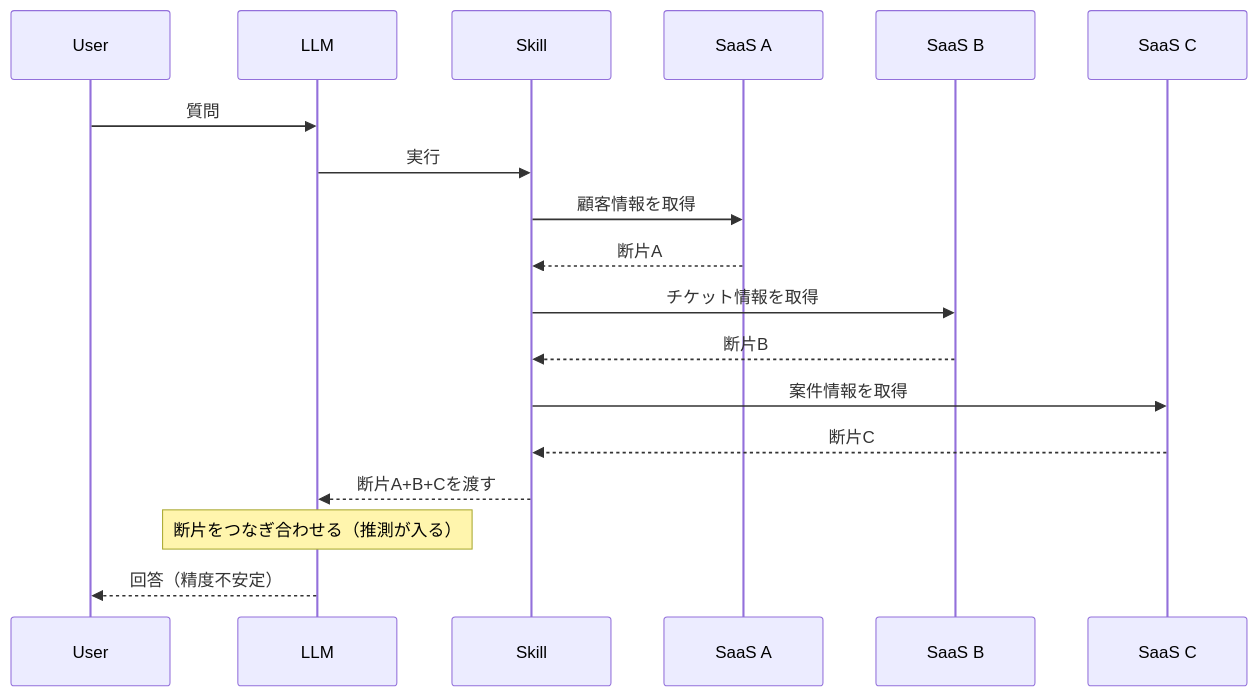
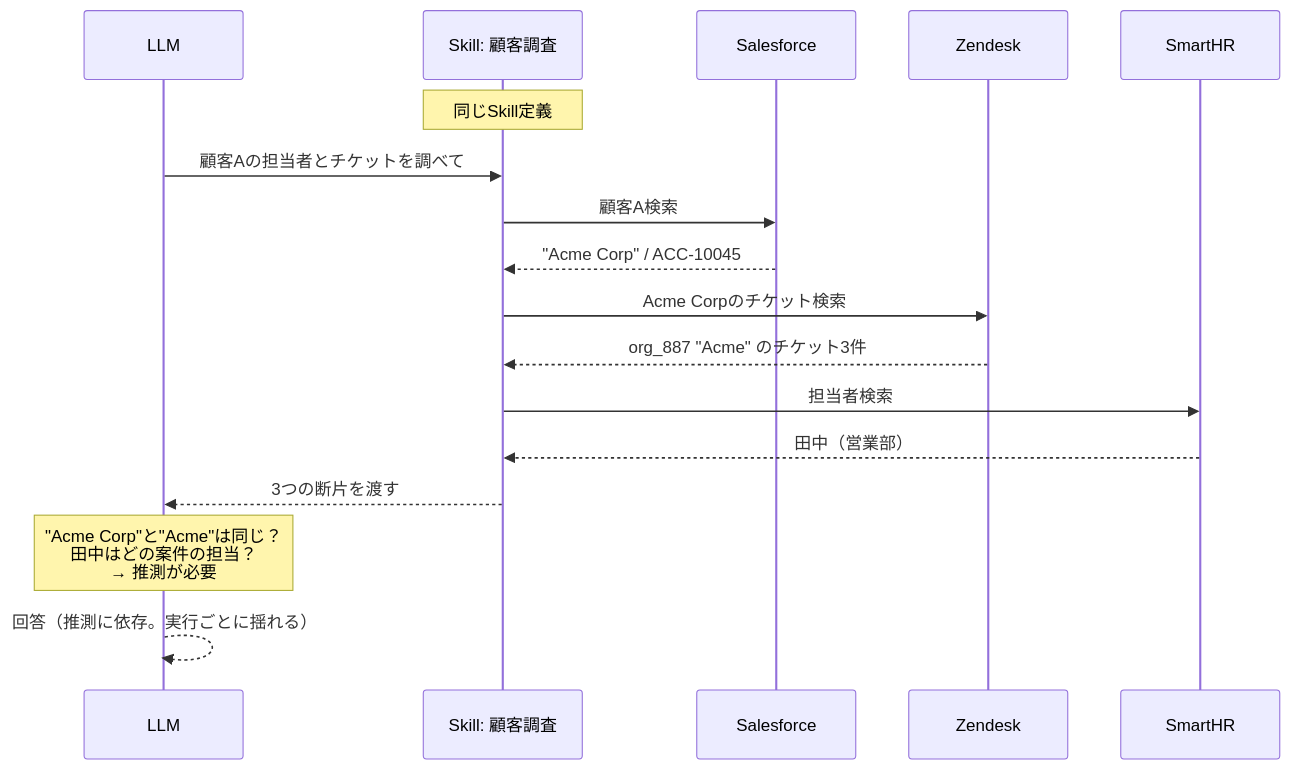
One commit to DevRev-JP/tech-blog changed the second of 3 diagrams in articles/kg-agent-skill-layer.md. Above: the diagram before and after it, drawn with Mermaid. The commit also changed other lines of this file and 1 other file, not shown here.

Commit message:
Update articles: DRY改善（重複表現の圧縮・リンク委譲）

````diff
--- a/articles/kg-agent-skill-layer.md
+++ b/articles/kg-agent-skill-layer.md
@@ -65,21 +67,20 @@
 ```mermaid
 sequenceDiagram
-    participant User
     participant LLM
-    participant Skill
-    participant API_A as SaaS A
-    participant API_B as SaaS B
-    participant API_C as SaaS C
+    participant Skill as Skill: 顧客調査
+    participant CRM as Salesforce
+    participant Support as Zendesk
+    participant HR as SmartHR
 
-    User->>LLM: 質問
-    LLM->>Skill: 実行
-    Skill->>API_A: 顧客情報を取得
-    API_A-->>Skill: 断片A
-    Skill->>API_B: チケット情報を取得
-    API_B-->>Skill: 断片B
-    Skill->>API_C: 案件情報を取得
-    API_C-->>Skill: 断片C
-    Skill-->>LLM: 断片A+B+Cを渡す
-    Note over LLM: 断片をつなぎ合わせる（推測が入る）
-    LLM-->>User: 回答（精度不安定）
+    Note over Skill: 同じSkill定義
+    LLM->>Skill: 顧客Aの担当者とチケットを調べて
+    Skill->>CRM: 顧客A検索
+    CRM-->>Skill: "Acme Corp" / ACC-10045
+    Skill->>Support: Acme Corpのチケット検索
+    Support-->>Skill: org_887 "Acme" のチケット3件
+    Skill->>HR: 担当者検索
+    HR-->>Skill: 田中（営業部）
+    Skill-->>LLM: 3つの断片を渡す
+    Note over LLM: "Acme Corp"と"Acme"は同じ？<br/>田中はどの案件の担当？<br/>→ 推測が必要
+    LLM-->>LLM: 回答（推測に依存。実行ごとに揺れる）
 ```
````
